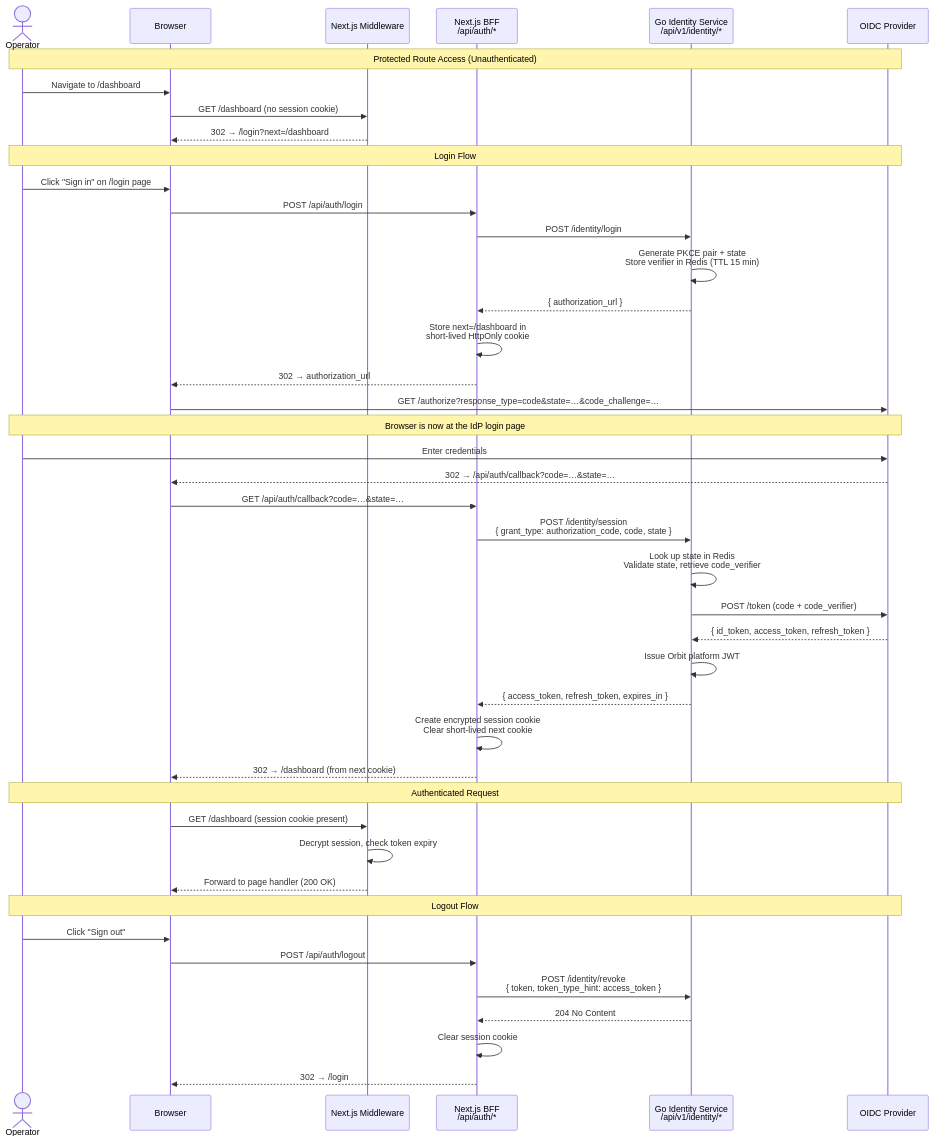
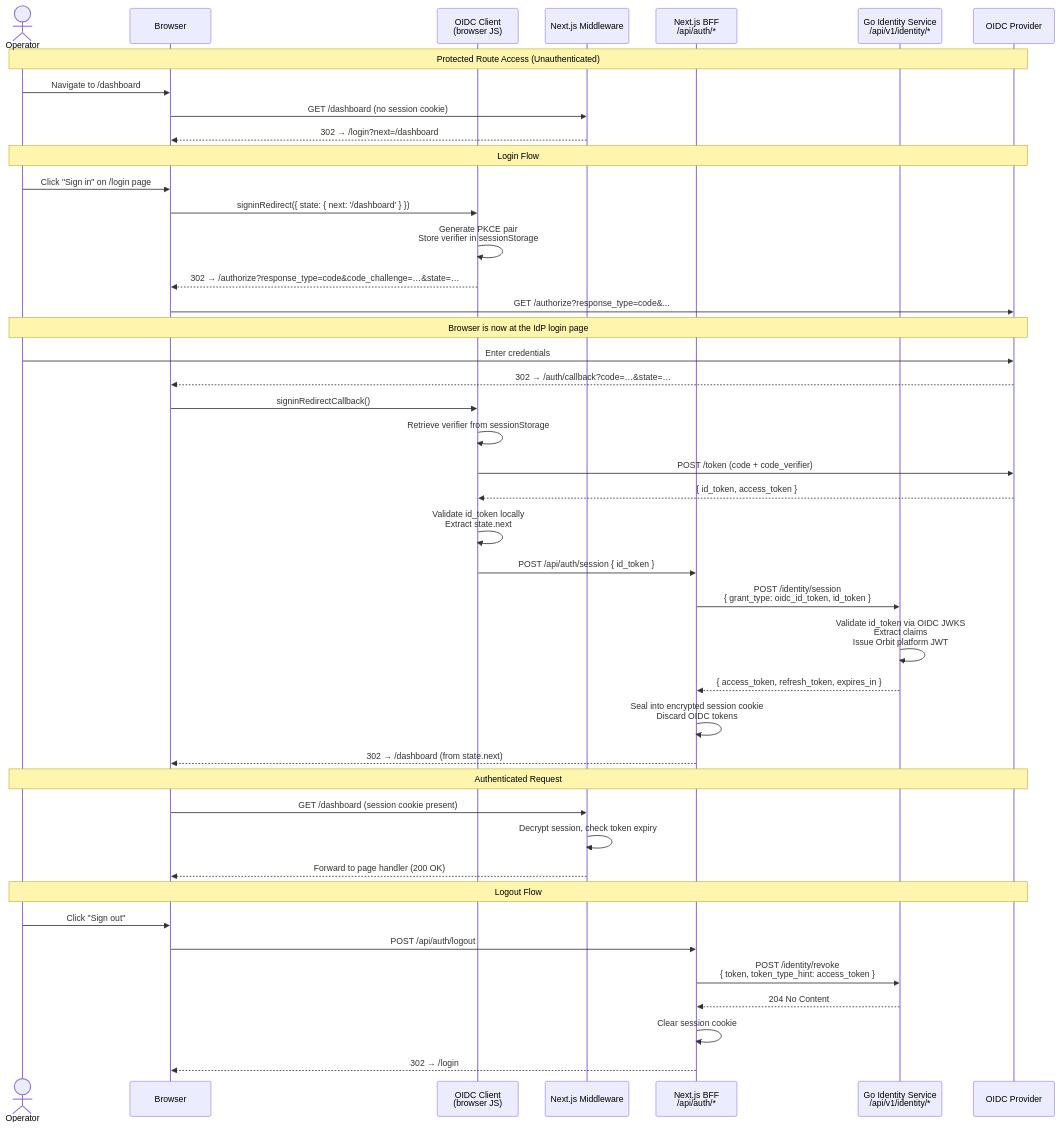
The second of 2 diagrams in docs/prd/browser-auth-flow.md (runkora/kora), drawn with Mermaid before and after one commit. The commit also changed other lines of this file and 3 other files, not shown here.

Commit message:
docs(auth): add browser auth flow ADR and PRD with BFF session architecture

````diff
--- a/docs/prd/browser-auth-flow.md
+++ b/docs/prd/browser-auth-flow.md
@@ -188,55 +191,55 @@
 ```mermaid
 sequenceDiagram
     actor User as Operator
     participant Browser
+    participant OIDCClient as OIDC Client<br/>(browser JS)
     participant Middleware as Next.js Middleware
     participant BFF as Next.js BFF<br/>/api/auth/*
     participant Backend as Go Identity Service<br/>/api/v1/identity/*
     participant OIDC as OIDC Provider
 
     Note over User,OIDC: Protected Route Access (Unauthenticated)
 
     User->>Browser: Navigate to /dashboard
     Browser->>Middleware: GET /dashboard (no session cookie)
     Middleware-->>Browser: 302 → /login?next=/dashboard
 
     Note over User,OIDC: Login Flow
 
     User->>Browser: Click "Sign in" on /login page
-    Browser->>BFF: POST /api/auth/login
-    BFF->>Backend: POST /identity/login
-    Backend->>Backend: Generate PKCE pair + state<br/>Store verifier in Redis (TTL 15 min)
-    Backend-->>BFF: { authorization_url }
-    BFF->>BFF: Store next=/dashboard in<br/>short-lived HttpOnly cookie
-    BFF-->>Browser: 302 → authorization_url
+    Browser->>OIDCClient: signinRedirect({ state: { next: '/dashboard' } })
+    OIDCClient->>OIDCClient: Generate PKCE pair<br/>Store verifier in sessionStorage
+    OIDCClient-->>Browser: 302 → /authorize?response_type=code&code_challenge=…&state=…
 
-    Browser->>OIDC: GET /authorize?response_type=code&state=…&code_challenge=…
+    Browser->>OIDC: GET /authorize?response_type=code&...
     Note over User,OIDC: Browser is now at the IdP login page
     User->>OIDC: Enter credentials
-    OIDC-->>Browser: 302 → /api/auth/callback?code=…&state=…
+    OIDC-->>Browser: 302 → /auth/callback?code=…&state=…
 
-    Browser->>BFF: GET /api/auth/callback?code=…&state=…
-    BFF->>Backend: POST /identity/session<br/>{ grant_type: authorization_code, code, state }
-    Backend->>Backend: Look up state in Redis<br/>Validate state, retrieve code_verifier
-    Backend->>OIDC: POST /token (code + code_verifier)
-    OIDC-->>Backend: { id_token, access_token, refresh_token }
-    Backend->>Backend: Issue Orbit platform JWT
+    Browser->>OIDCClient: signinRedirectCallback()
+    OIDCClient->>OIDCClient: Retrieve verifier from sessionStorage
+    OIDCClient->>OIDC: POST /token (code + code_verifier)
+    OIDC-->>OIDCClient: { id_token, access_token }
+    OIDCClient->>OIDCClient: Validate id_token locally<br/>Extract state.next
+    OIDCClient->>BFF: POST /api/auth/session { id_token }
+    BFF->>Backend: POST /identity/session<br/>{ grant_type: oidc_id_token, id_token }
+    Backend->>Backend: Validate id_token via OIDC JWKS<br/>Extract claims<br/>Issue Orbit platform JWT
     Backend-->>BFF: { access_token, refresh_token, expires_in }
-    BFF->>BFF: Create encrypted session cookie<br/>Clear short-lived next cookie
-    BFF-->>Browser: 302 → /dashboard (from next cookie)
+    BFF->>BFF: Seal into encrypted session cookie<br/>Discard OIDC tokens
+    BFF-->>Browser: 302 → /dashboard (from state.next)
 
     Note over User,OIDC: Authenticated Request
 
     Browser->>Middleware: GET /dashboard (session cookie present)
     Middleware->>Middleware: Decrypt session, check token expiry
     Middleware-->>Browser: Forward to page handler (200 OK)
 
     Note over User,OIDC: Logout Flow
 
     User->>Browser: Click "Sign out"
     Browser->>BFF: POST /api/auth/logout
     BFF->>Backend: POST /identity/revoke<br/>{ token, token_type_hint: access_token }
     Backend-->>BFF: 204 No Content
     BFF->>BFF: Clear session cookie
     BFF-->>Browser: 302 → /login
 ```
````
